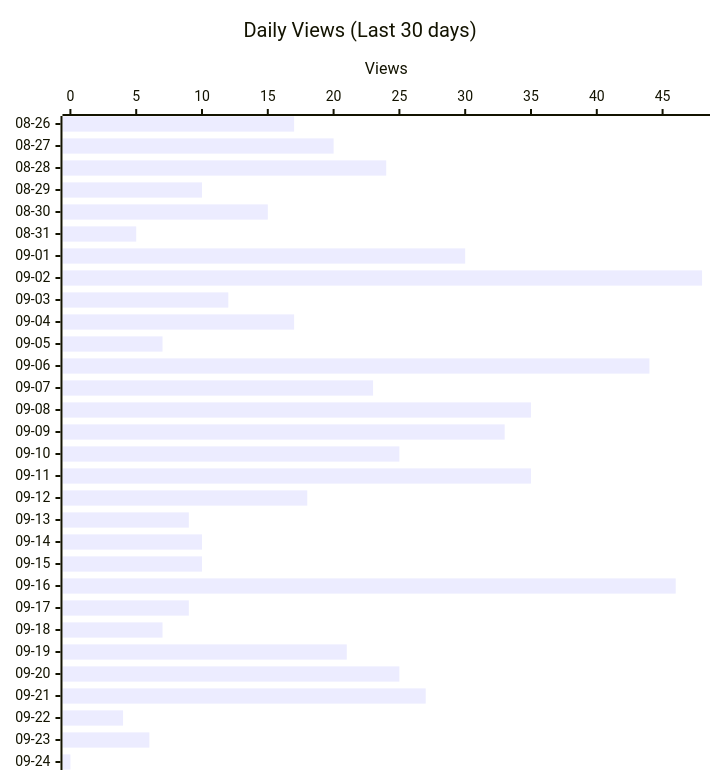
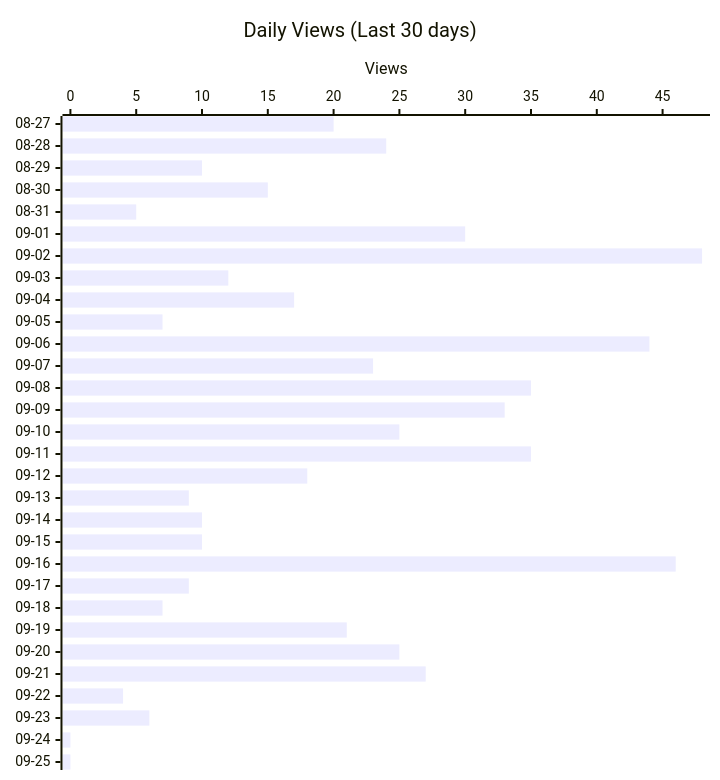
Before and after one commit to shigechika/github-insights: the second of 4 diagrams in README.md, drawn with Mermaid. The commit also changed other lines of this file and 2 other files, not shown here.

````diff
--- a/README.md
+++ b/README.md
@@ -28,12 +28,12 @@
 ```mermaid
 ---
 config:
   xyChart:
     height: 760
 ---
 xychart-beta horizontal
     title "Daily Views (Last 30 days)"
-    x-axis ["08-26", "08-27", "08-28", "08-29", "08-30", "08-31", "09-01", "09-02", "09-03", "09-04", "09-05", "09-06", "09-07", "09-08", "09-09", "09-10", "09-11", "09-12", "09-13", "09-14", "09-15", "09-16", "09-17", "09-18", "09-19", "09-20", "09-21", "09-22", "09-23", "09-24"]
+    x-axis ["08-27", "08-28", "08-29", "08-30", "08-31", "09-01", "09-02", "09-03", "09-04", "09-05", "09-06", "09-07", "09-08", "09-09", "09-10", "09-11", "09-12", "09-13", "09-14", "09-15", "09-16", "09-17", "09-18", "09-19", "09-20", "09-21", "09-22", "09-23", "09-24", "09-25"]
     y-axis "Views"
-    bar [17, 20, 24, 10, 15, 5, 30, 48, 12, 17, 7, 44, 23, 35, 33, 25, 35, 18, 9, 10, 10, 46, 9, 7, 21, 25, 27, 4, 6, 0]
+    bar [20, 24, 10, 15, 5, 30, 48, 12, 17, 7, 44, 23, 35, 33, 25, 35, 18, 9, 10, 10, 46, 9, 7, 21, 25, 27, 4, 6, 0, 0]
 ```
````
